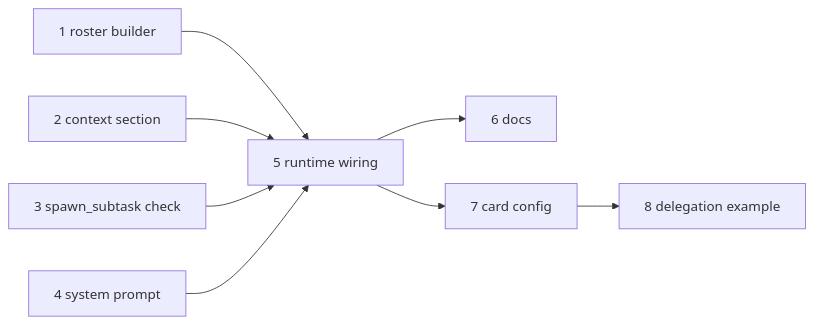
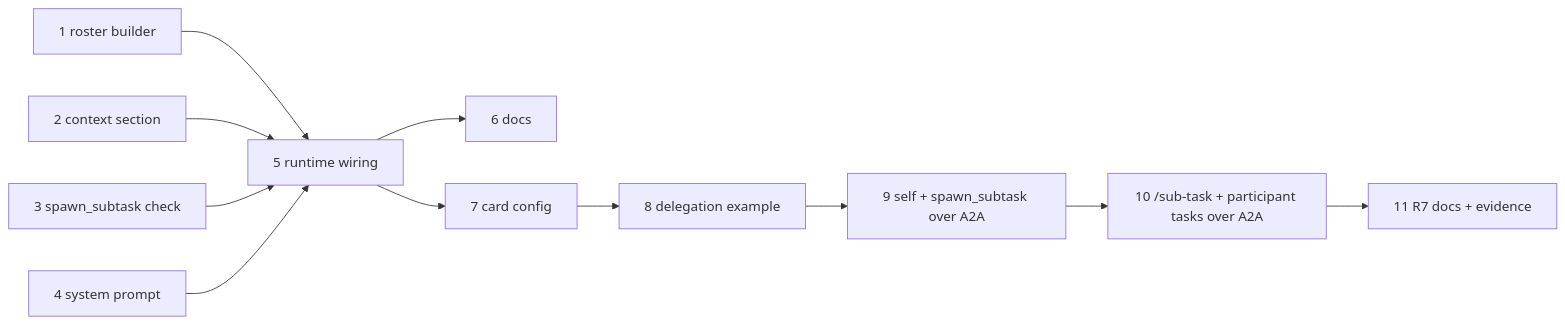
One commit to MadaraUchiha-314/tiny-harness changed the diagram in docs/specs/issue-34/tasks.md. Above: the diagram before and after it, drawn with Mermaid. The commit also changed other lines of this file and 3 other files, not shown here.

````diff
--- a/docs/specs/issue-34/tasks.md
+++ b/docs/specs/issue-34/tasks.md
@@ -125,10 +145,13 @@
 ```mermaid
 flowchart LR
     t1["1 roster builder"] --> t5["5 runtime wiring"]
     t2["2 context section"] --> t5
     t3["3 spawn_subtask check"] --> t5
     t4["4 system prompt"] --> t5
     t5 --> t6["6 docs"]
     t5 --> t7["7 card config"]
     t7 --> t8["8 delegation example"]
+    t8 --> t9["9 self + spawn_subtask over A2A"]
+    t9 --> t10["10 /sub-task + participant tasks over A2A"]
+    t10 --> t11["11 R7 docs + evidence"]
 ```
````
